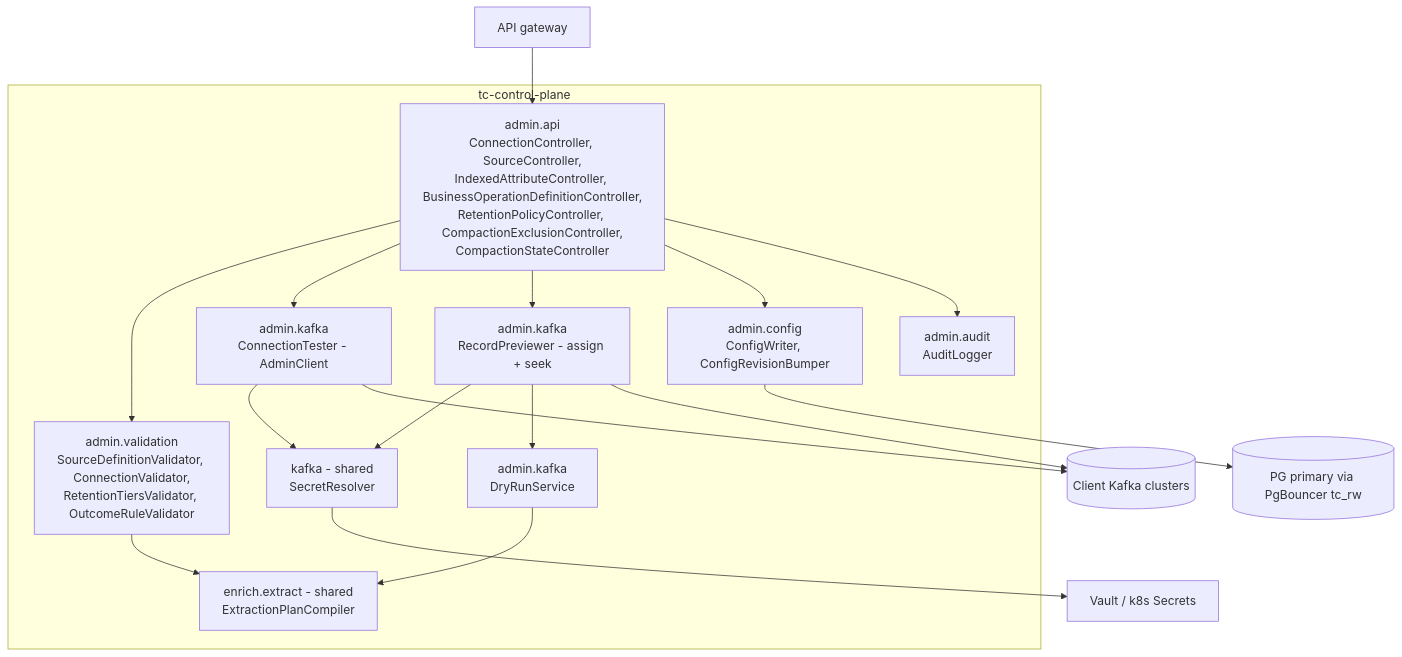
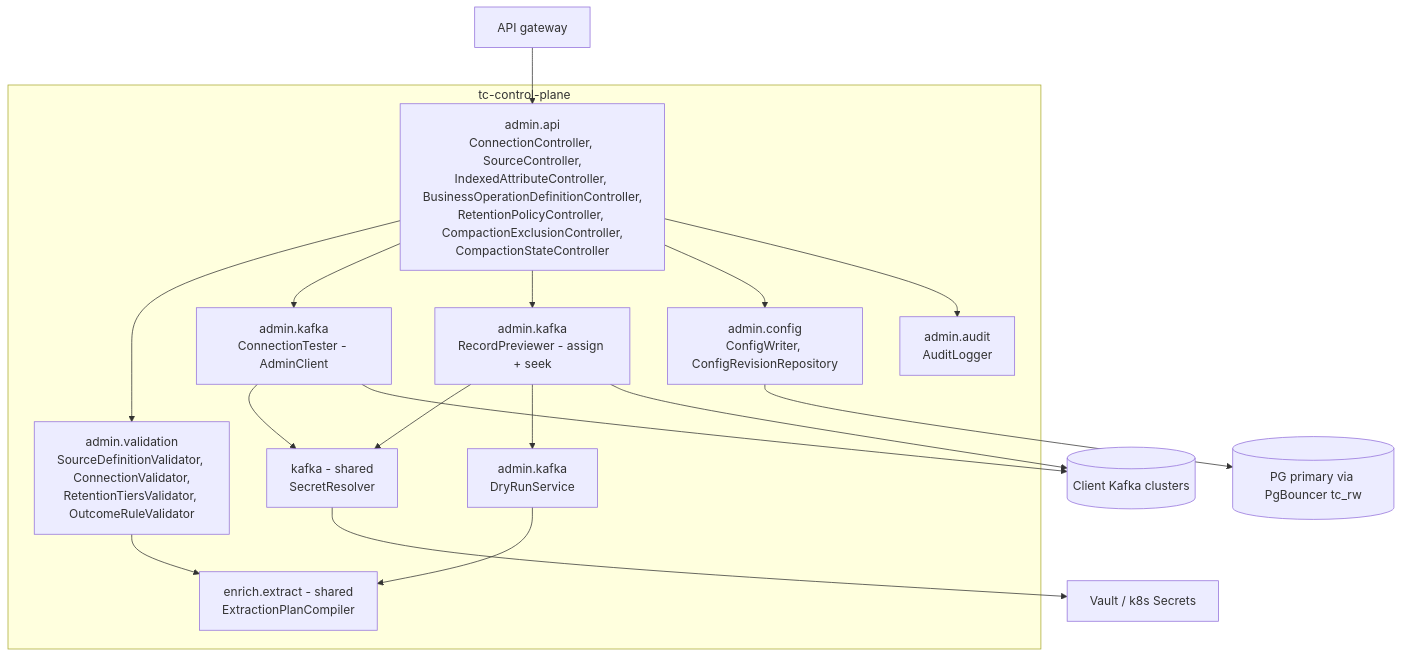
The fifth of 7 diagrams in agent/03-low-level-design.md (aasmc/tracing-system), drawn with Mermaid before and after one commit. The commit also changed other lines of this file and 11 other files, not shown here.

First line of the commit message:
Phase 2 slice 2d-2b: config revision, retention tiers, consistent snapshot

````diff
--- a/agent/03-low-level-design.md
+++ b/agent/03-low-level-design.md
@@ -2000,29 +2000,29 @@
 ```mermaid
 flowchart TB
     gw["API gateway"]
     pg[("PG primary via PgBouncer tc_rw")]
     ck[("Client Kafka clusters")]
     vault["Vault / k8s Secrets"]
 
     subgraph CP["tc-control-plane"]
         API["admin.api<br/>ConnectionController, SourceController,<br/>IndexedAttributeController, BusinessOperationDefinitionController,<br/>RetentionPolicyController, CompactionExclusionController,<br/>CompactionStateController"]
         VAL["admin.validation<br/>SourceDefinitionValidator, ConnectionValidator,<br/>RetentionTiersValidator, OutcomeRuleValidator"]
         CMP["enrich.extract - shared<br/>ExtractionPlanCompiler"]
         CT["admin.kafka<br/>ConnectionTester - AdminClient"]
         PV["admin.kafka<br/>RecordPreviewer - assign + seek"]
         DRY["admin.kafka<br/>DryRunService"]
-        CFG["admin.config<br/>ConfigWriter, ConfigRevisionBumper"]
+        CFG["admin.config<br/>ConfigWriter, ConfigRevisionRepository"]
         AUD["admin.audit<br/>AuditLogger"]
         SR["kafka - shared<br/>SecretResolver"]
     end
 
     gw --> API
     API --> VAL --> CMP
     API --> CT --> SR --> vault
     API --> PV --> SR
     PV --> DRY --> CMP
     CT --> ck
     PV --> ck
     API --> CFG --> pg
     API --> AUD
 ```
````
